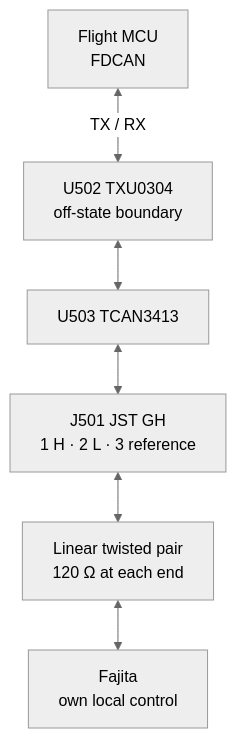
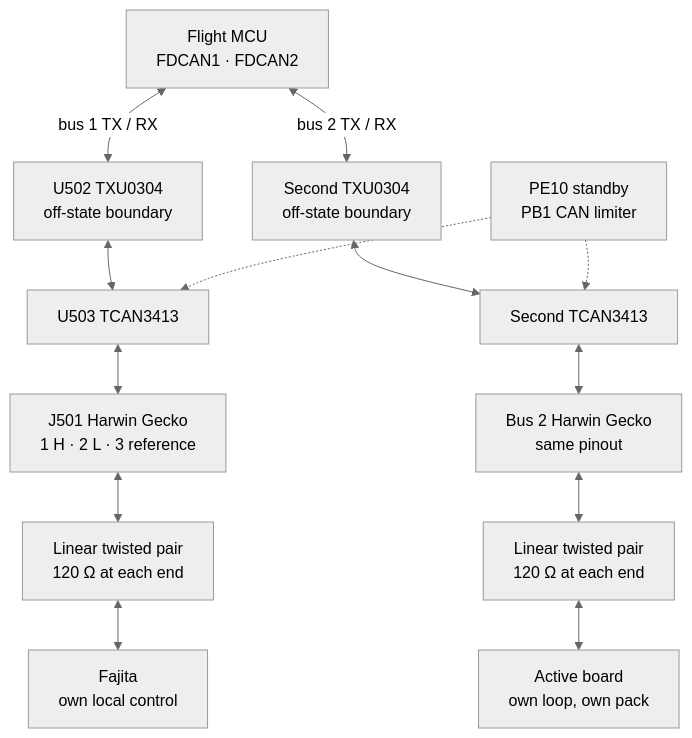
Before and after one commit to ULAS-HiPR/Ogma2: the third of 3 diagrams in docs/architecture/08-foinse-can.md, drawn with Mermaid (neutral theme). The commit also changed other lines of this file and 21 other files, not shown here.

First line of the commit message:
Record the 18-19 Nov architecture sign-off and its decisions

````diff
--- a/docs/architecture/08-foinse-can.md
+++ b/docs/architecture/08-foinse-can.md
@@ -135,13 +138,25 @@
 ```mermaid
 flowchart TB
   F["Flight MCU
-FDCAN"] <-->|"TX / RX"| X["U502 TXU0304
+FDCAN1 · FDCAN2"] <-->|"bus 1 TX / RX"| X["U502 TXU0304
 off-state boundary"]
   X <--> T["U503 TCAN3413"]
-  T <--> J["J501 JST GH
+  T <--> J["J501 Harwin Gecko
 1 H · 2 L · 3 reference"]
   J <--> H["Linear twisted pair
 120 Ω at each end"]
   H <--> P["Fajita
 own local control"]
+  F <-->|"bus 2 TX / RX"| X2["Second TXU0304
+off-state boundary"]
+  X2 <--> T2["Second TCAN3413"]
+  T2 <--> J2["Bus 2 Harwin Gecko
+same pinout"]
+  J2 <--> H2["Linear twisted pair
+120 Ω at each end"]
+  H2 <--> A["Active board
+own loop, own pack"]
+  S["PE10 standby
+PB1 CAN limiter"] -.-> T
+  S -.-> T2
 ```
````
